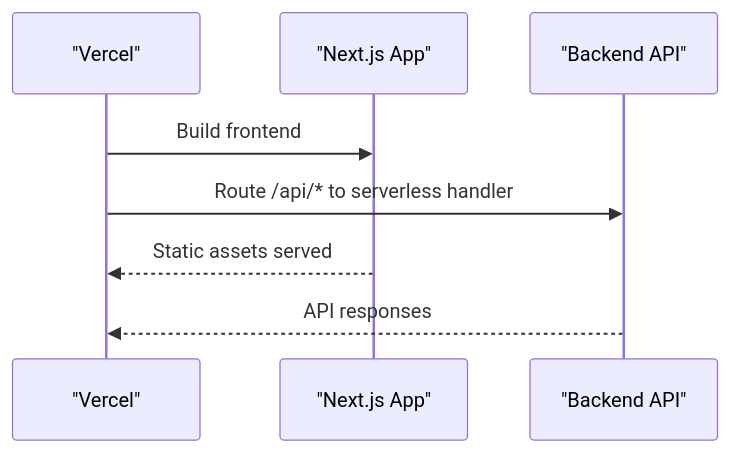
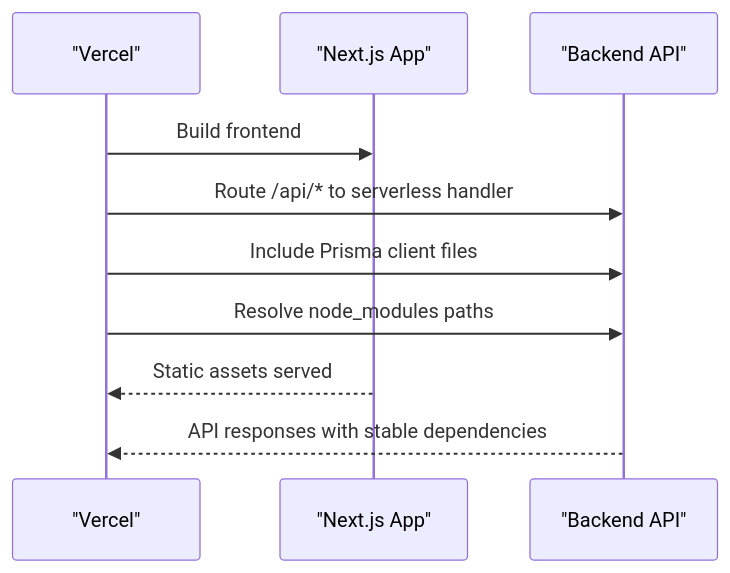
Before and after one commit to Dequeue-Tech/DeQ-Bite: the fourth of 8 diagrams in .qoder/repowiki/en/content/Testing & Deployment/Deployment Configuration.md, drawn with Mermaid. The commit also changed other lines of this file and 12 other files, not shown here.

````diff
--- a/.qoder/repowiki/en/content/Testing & Deployment/Deployment Configuration.md
+++ b/.qoder/repowiki/en/content/Testing & Deployment/Deployment Configuration.md
@@ -200,10 +215,12 @@
 ```mermaid
 sequenceDiagram
 participant Vercel as "Vercel"
 participant Next as "Next.js App"
 participant Backend as "Backend API"
 Vercel->>Next : Build frontend
 Vercel->>Backend : Route /api/* to serverless handler
+Vercel->>Backend : Include Prisma client files
+Vercel->>Backend : Resolve node_modules paths
 Next-->>Vercel : Static assets served
-Backend-->>Vercel : API responses
+Backend-->>Vercel : API responses with stable dependencies
 ```
````
